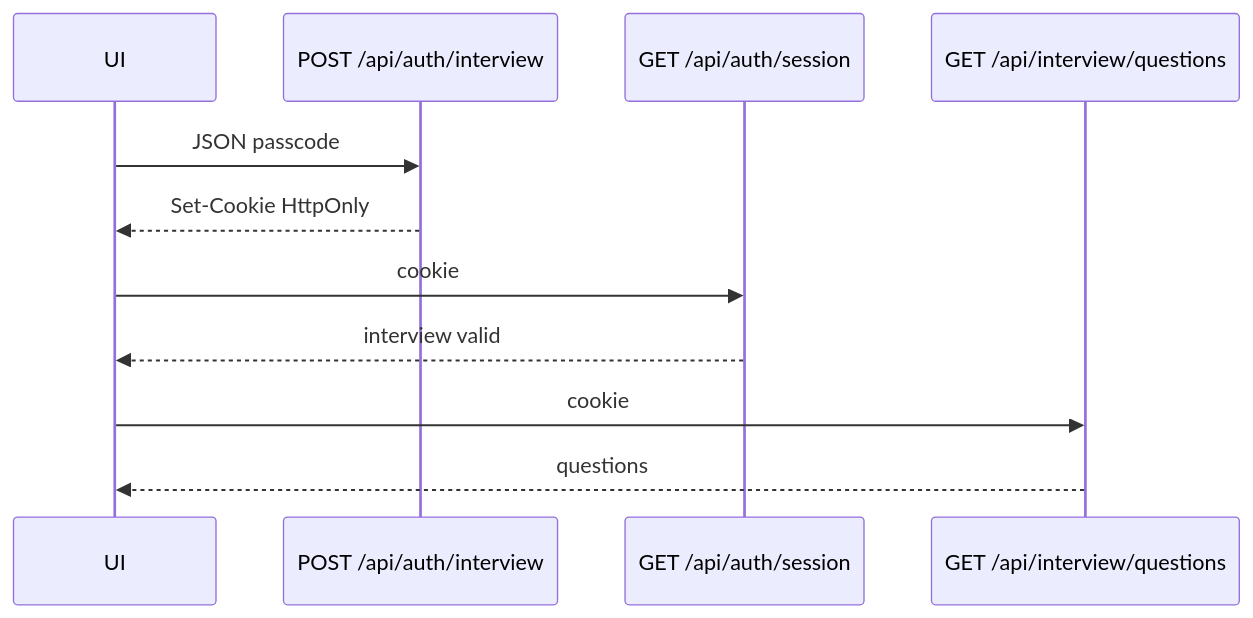
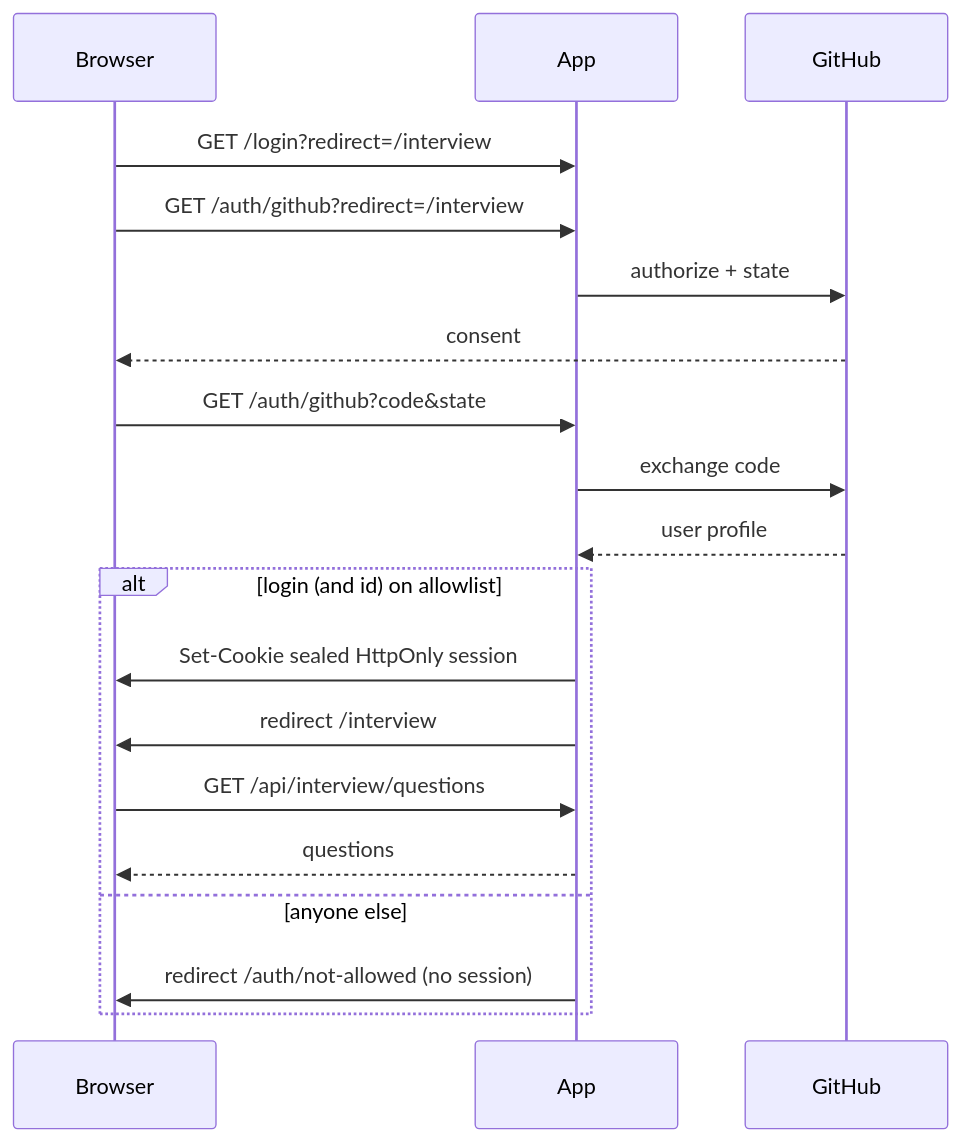
The third of 3 diagrams in README.md (parker2808/interview-senior-fe), drawn with Mermaid before and after one commit. The commit also changed other lines of this file and 65 other files, not shown here.

First line of the commit message:
Replace PIN gates with GitHub OAuth allowlist

````diff
--- a/README.md
+++ b/README.md
@@ -120,13 +146,21 @@
 ```mermaid
 sequenceDiagram
-  participant UI
-  participant Auth as POST /api/auth/interview
-  participant Session as GET /api/auth/session
-  participant Bank as GET /api/interview/questions
-  UI->>Auth: JSON passcode
-  Auth-->>UI: Set-Cookie HttpOnly
-  UI->>Session: cookie
-  Session-->>UI: interview valid
-  UI->>Bank: cookie
-  Bank-->>UI: questions
+  participant Browser
+  participant App
+  participant GitHub
+  Browser->>App: GET /login?redirect=/interview
+  Browser->>App: GET /auth/github?redirect=/interview
+  App->>GitHub: authorize + state
+  GitHub-->>Browser: consent
+  Browser->>App: GET /auth/github?code&state
+  App->>GitHub: exchange code
+  GitHub-->>App: user profile
+  alt login (and id) on allowlist
+    App->>Browser: Set-Cookie sealed HttpOnly session
+    App->>Browser: redirect /interview
+    Browser->>App: GET /api/interview/questions
+    App-->>Browser: questions
+  else anyone else
+    App->>Browser: redirect /auth/not-allowed (no session)
+  end
 ```
````
